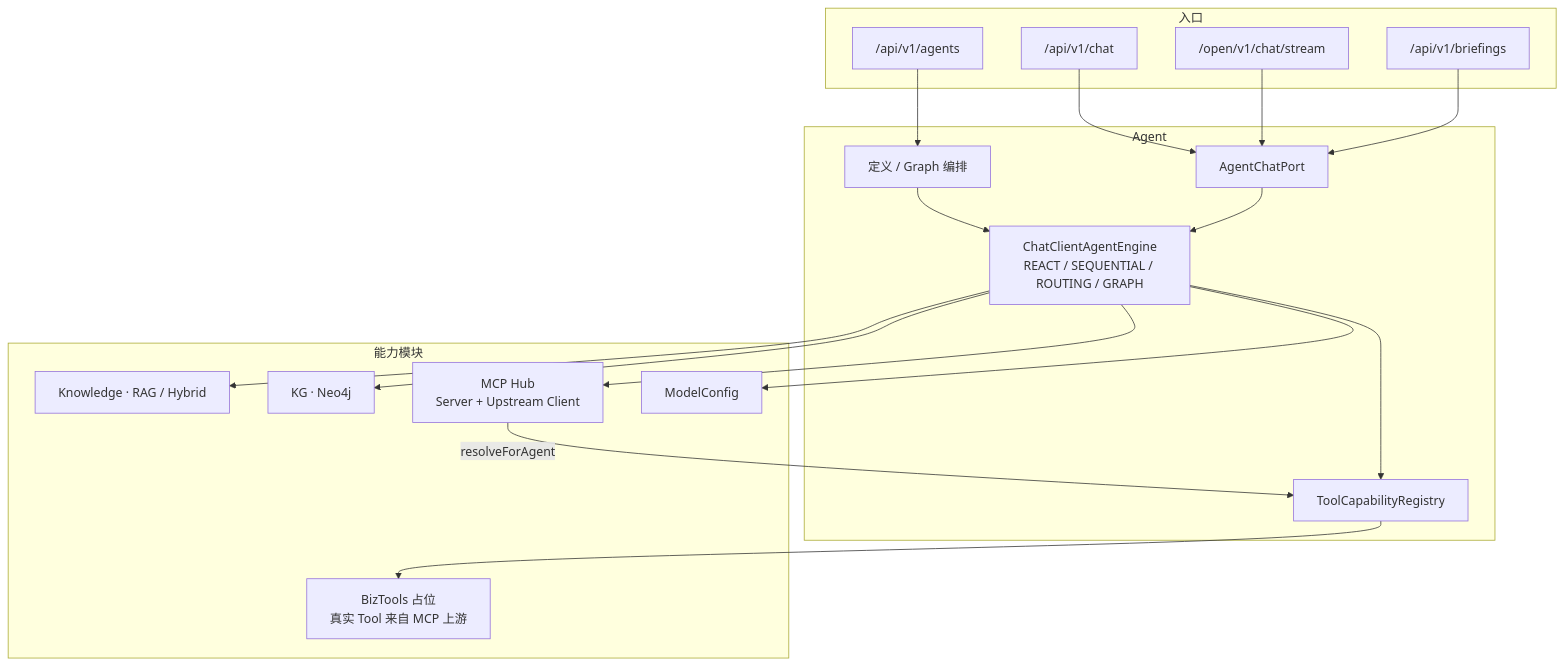
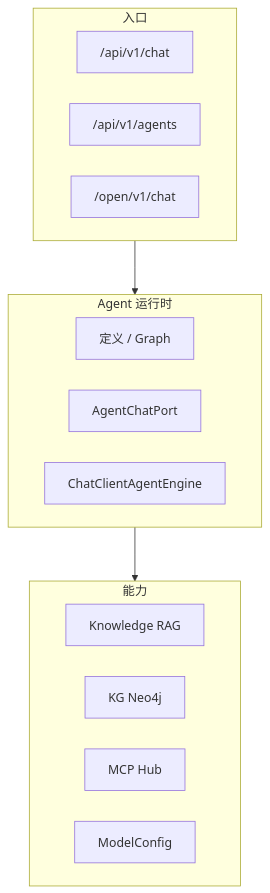
The sixth of 11 diagrams in zhishu-backend/README.md (DataFutureX/zhishu-integrable-framework), drawn with Mermaid before and after one commit. The commit also changed other lines of this file and 83 other files, not shown here.

````diff
--- a/zhishu-backend/README.md
+++ b/zhishu-backend/README.md
@@ -235,38 +251,28 @@
 ```mermaid
+%%{init: {"flowchart": {"nodeSpacing": 40, "rankSpacing": 70, "curve": "linear"}}}%%
 flowchart TB
   subgraph Entry["入口"]
+    direction LR
     ChatAPI["/api/v1/chat"]
     AgentAPI["/api/v1/agents"]
-    OpenChat["/open/v1/chat/stream"]
-    BriefAPI["/api/v1/briefings"]
+    OpenChat["/open/v1/chat"]
   end
 
-  subgraph AgentBlk["Agent"]
-    Def["定义 / Graph 编排"]
+  subgraph Runtime["Agent 运行时"]
+    direction LR
+    Def["定义 / Graph"]
     Port["AgentChatPort"]
-    Eng["ChatClientAgentEngine<br/>REACT / SEQUENTIAL / ROUTING / GRAPH"]
-    Tools["ToolCapabilityRegistry"]
+    Eng["ChatClientAgentEngine"]
   end
 
-  subgraph Caps["能力模块"]
-    Know["Knowledge · RAG / Hybrid"]
-    KG["KG · Neo4j"]
-    MCP["MCP Hub<br/>Server + Upstream Client"]
+  subgraph Caps["能力"]
+    direction LR
+    Know["Knowledge RAG"]
+    KG["KG Neo4j"]
+    MCP["MCP Hub"]
     Model["ModelConfig"]
-    BizT["BizTools 占位<br/>真实 Tool 来自 MCP 上游"]
   end
 
-  ChatAPI --> Port
-  AgentAPI --> Def
-  OpenChat --> Port
-  BriefAPI --> Port
-  Def --> Eng
-  Port --> Eng
-  Eng --> Tools
-  Eng --> Know
-  Eng --> KG
-  Tools --> BizT
-  Eng --> MCP
-  Eng --> Model
-  MCP -->|"resolveForAgent"| Tools
+  Entry --> Runtime
+  Runtime --> Caps
 ```
````
